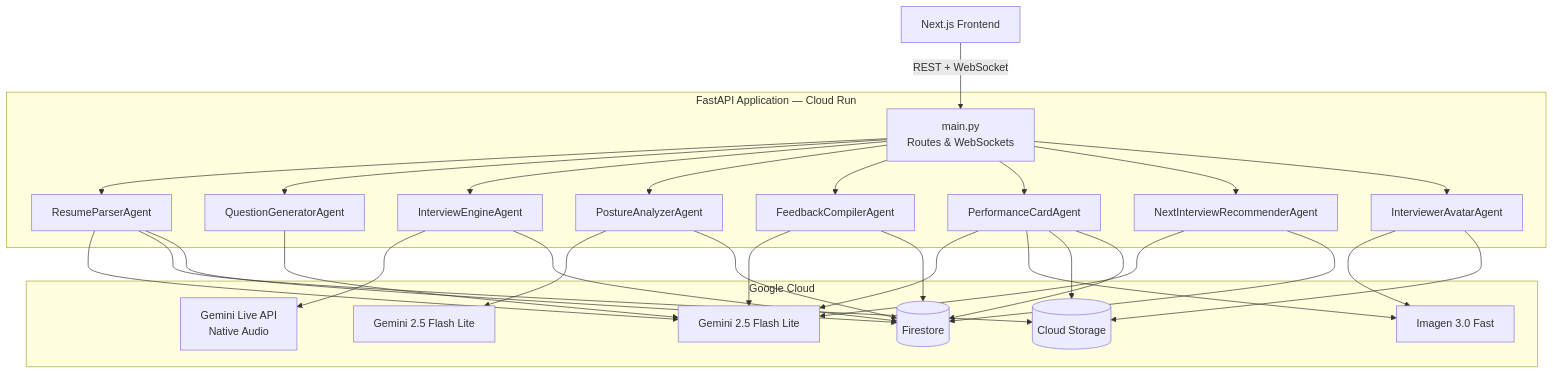
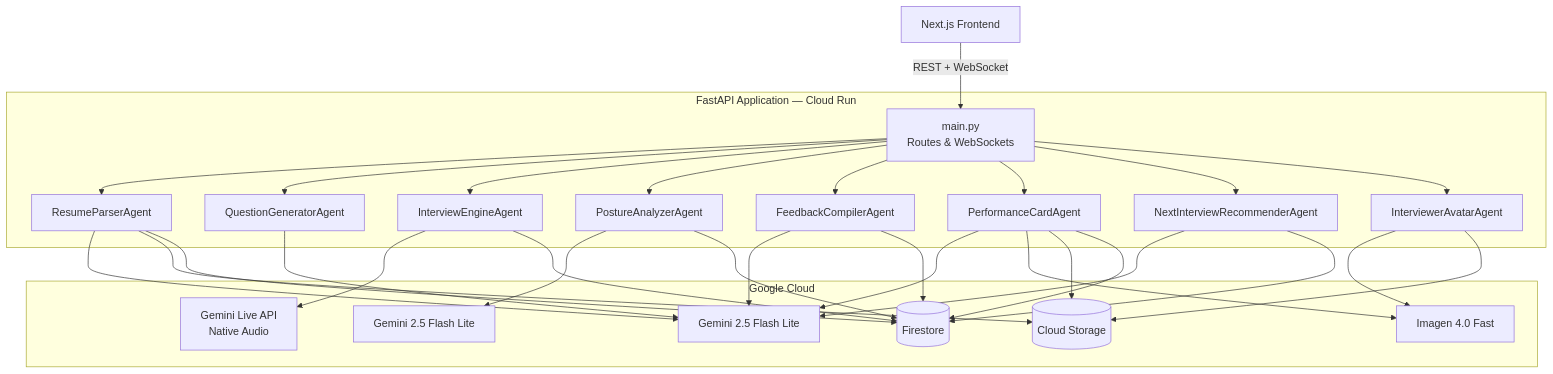
One commit to mockmate-app/mockmate changed the first of 2 diagrams in backend/README.md. Above: the diagram before and after it, drawn with Mermaid. The commit also changed other lines of this file and 8 other files, not shown here.

````diff
--- a/backend/README.md
+++ b/backend/README.md
@@ -9,37 +9,37 @@
 ```mermaid
 graph TB
     FE[Next.js Frontend]
 
     subgraph "FastAPI Application — Cloud Run"
         MAIN[main.py<br/>Routes & WebSockets]
         RP[ResumeParserAgent]
         QG[QuestionGeneratorAgent]
         IE[InterviewEngineAgent]
         PA[PostureAnalyzerAgent]
         FC[FeedbackCompilerAgent]
         PC[PerformanceCardAgent]
         NR[NextInterviewRecommenderAgent]
         IA[InterviewerAvatarAgent]
     end
 
     subgraph "Google Cloud"
         LIVE[Gemini Live API<br/>Native Audio]
         FLASH[Gemini 2.5 Flash Lite]
         FLASH_LITE[Gemini 2.5 Flash Lite]
-        IMAGEN[Imagen 3.0 Fast]
+        IMAGEN[Imagen 4.0 Fast]
         FS[(Firestore)]
         GCS[(Cloud Storage)]
     end
 
     FE -- "REST + WebSocket" --> MAIN
     MAIN --> RP & QG & IE & PA & FC & PC & NR & IA
 
     RP --> FLASH & GCS & FS
     QG --> FLASH
     IE --> LIVE & FS
     PA --> FLASH_LITE & FS
     FC --> FLASH & FS
     PC --> FLASH & IMAGEN & GCS & FS
     NR --> FLASH & FS
     IA --> IMAGEN & GCS
 ```
````
